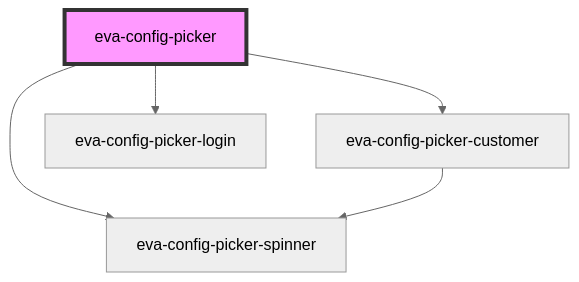
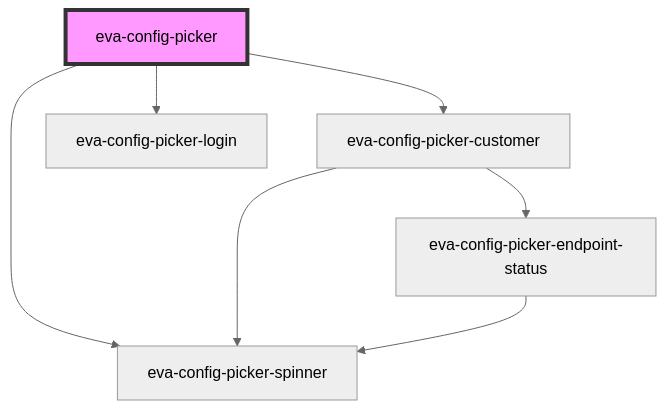
One commit to springtreesolutions/eva-config-picker changed the diagram in src/components/picker/readme.md. Above: the diagram before and after it, drawn with Mermaid (neutral theme). The commit also changed 14 other files, not shown here.

````diff
--- a/src/components/picker/readme.md
+++ b/src/components/picker/readme.md
@@ -17,8 +17,10 @@
 ```mermaid
 graph TD;
   eva-config-picker --> eva-config-picker-spinner
   eva-config-picker --> eva-config-picker-customer
   eva-config-picker --> eva-config-picker-login
   eva-config-picker-customer --> eva-config-picker-spinner
+  eva-config-picker-customer --> eva-config-picker-endpoint-status
+  eva-config-picker-endpoint-status --> eva-config-picker-spinner
   style eva-config-picker fill:#f9f,stroke:#333,stroke-width:4px
 ```
````
